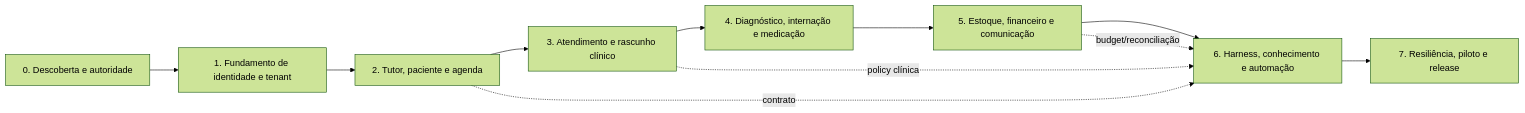
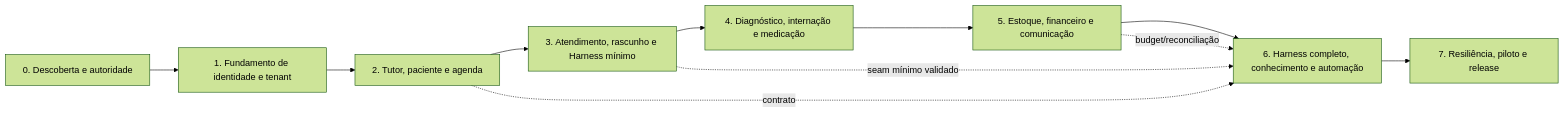
Before and after one commit to ricardoakinaga-dev/cvg-corp: the diagram in docs/07-plano-execucao.md, drawn with Mermaid (forest theme). The commit also changed other lines of this file and 87 other files, not shown here.

````diff
--- a/docs/07-plano-execucao.md
+++ b/docs/07-plano-execucao.md
@@ -26,15 +26,15 @@
 ```mermaid
 flowchart LR
     M0[0. Descoberta e autoridade]
     M1[1. Fundamento de identidade e tenant]
     M2[2. Tutor, paciente e agenda]
-    M3[3. Atendimento e rascunho clínico]
+    M3[3. Atendimento, rascunho e Harness mínimo]
     M4[4. Diagnóstico, internação e medicação]
     M5[5. Estoque, financeiro e comunicação]
-    M6[6. Harness, conhecimento e automação]
+    M6[6. Harness completo, conhecimento e automação]
     M7[7. Resiliência, piloto e release]
     M0 --> M1 --> M2 --> M3 --> M4 --> M5 --> M6 --> M7
     M2 -. contrato .-> M6
-    M3 -. policy clínica .-> M6
+    M3 -. seam mínimo validado .-> M6
     M5 -. budget/reconciliação .-> M6
 ```
````
